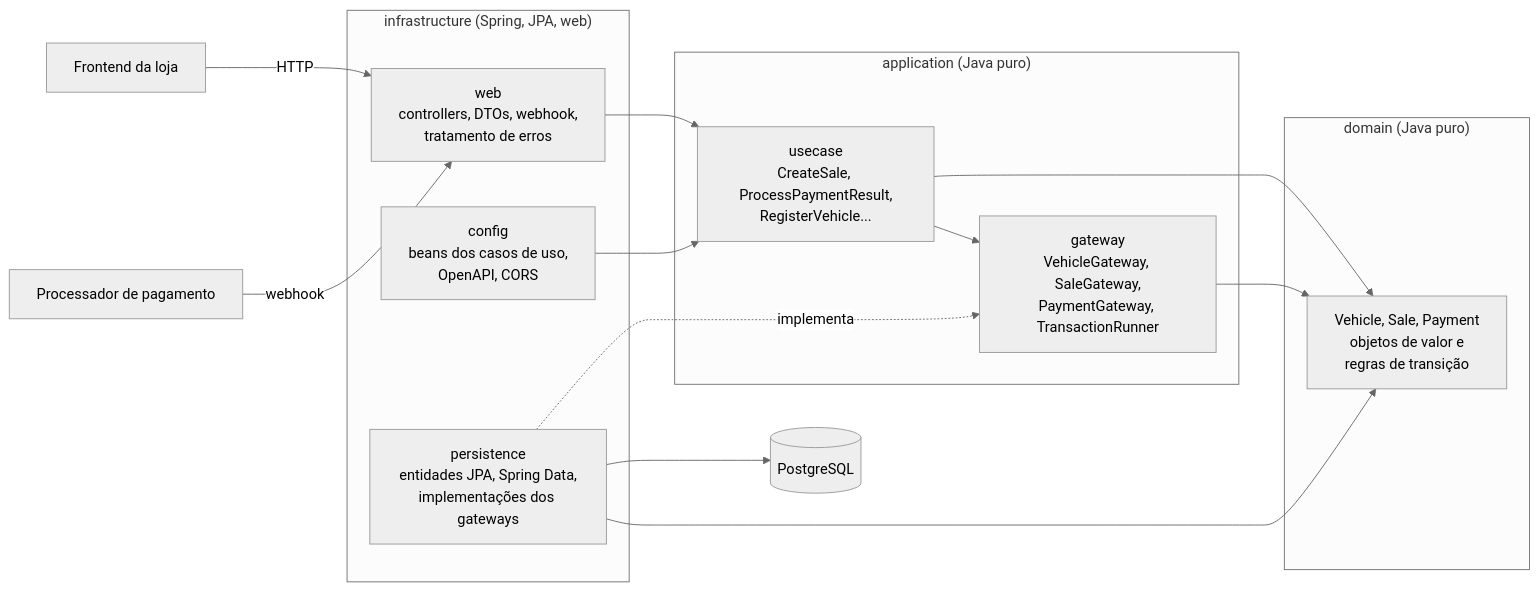
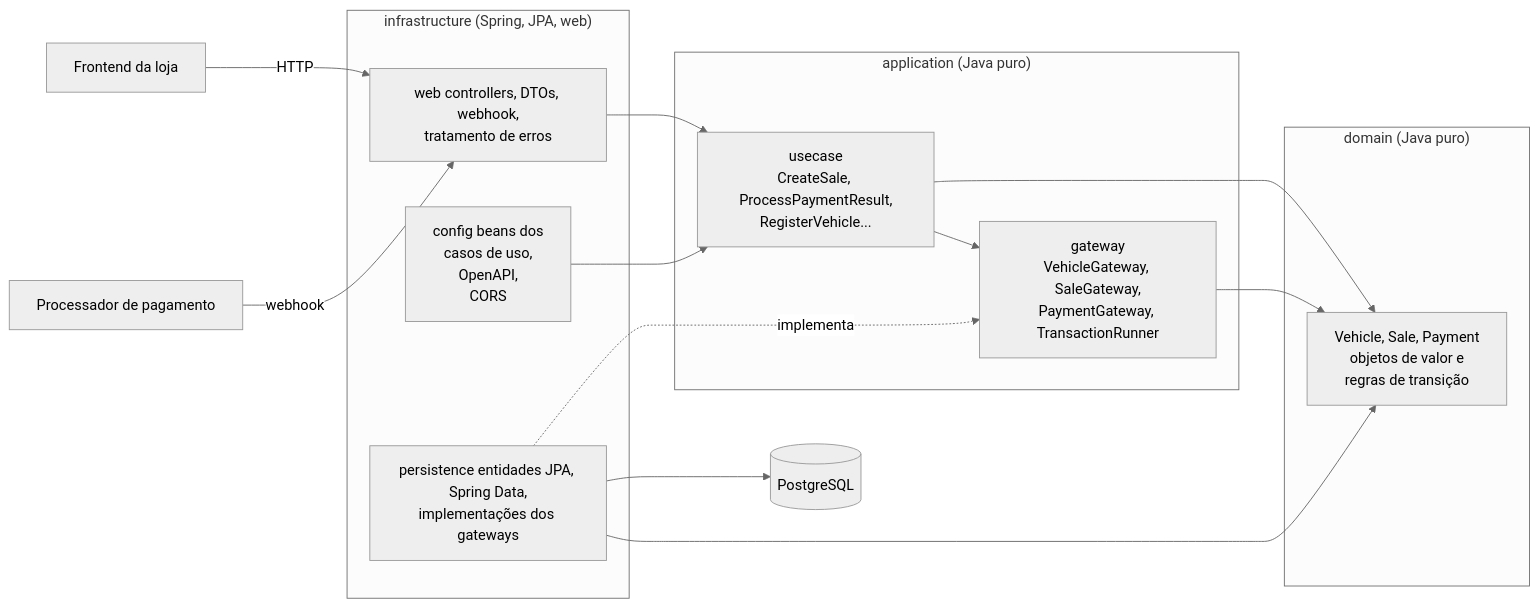
Before and after one commit to fredericoffs/omniDriveFiap: the first of 3 diagrams in README.md, drawn with Mermaid. The commit also changed other lines of this file, not shown here.

````diff
--- a/README.md
+++ b/README.md
@@ -48,38 +48,38 @@
 ```mermaid
 ---
 config:
   theme: neutral
   look: classic
   fontFamily: '''Inter Variable'', sans-serif'
 ---
 flowchart LR
     front["Frontend da loja"]
     proc["Processador de pagamento"]
     db[("PostgreSQL")]
 
     subgraph infra["infrastructure (Spring, JPA, web)"]
-        web["web<br/>controllers, DTOs, webhook,<br/>tratamento de erros"]
-        config["config<br/>beans dos casos de uso,<br/>OpenAPI, CORS"]
-        persistence["persistence<br/>entidades JPA, Spring Data,<br/>implementações dos gateways"]
+        web["web controllers, DTOs, webhook,<br/>tratamento de erros"]
+        config["config beans dos<br/>casos de uso,<br/>OpenAPI,<br/>CORS"]
+        persistence["persistence entidades JPA, Spring Data,<br/>implementações dos gateways"]
     end
 
     subgraph app["application (Java puro)"]
         usecase["usecase<br/>CreateSale, ProcessPaymentResult,<br/>RegisterVehicle..."]
         gateway["gateway<br/>VehicleGateway, SaleGateway,<br/>PaymentGateway, TransactionRunner"]
     end
 
     subgraph dom["domain (Java puro)"]
         entities["Vehicle, Sale, Payment<br/>objetos de valor e<br/>regras de transição"]
     end
 
     front -- HTTP --> web
     proc -- "webhook" --> web
     web --> usecase
     config --> usecase
     usecase --> gateway
     usecase --> entities
     gateway --> entities
     persistence -. implementa .-> gateway
     persistence --> entities
     persistence --> db
 ```
````
